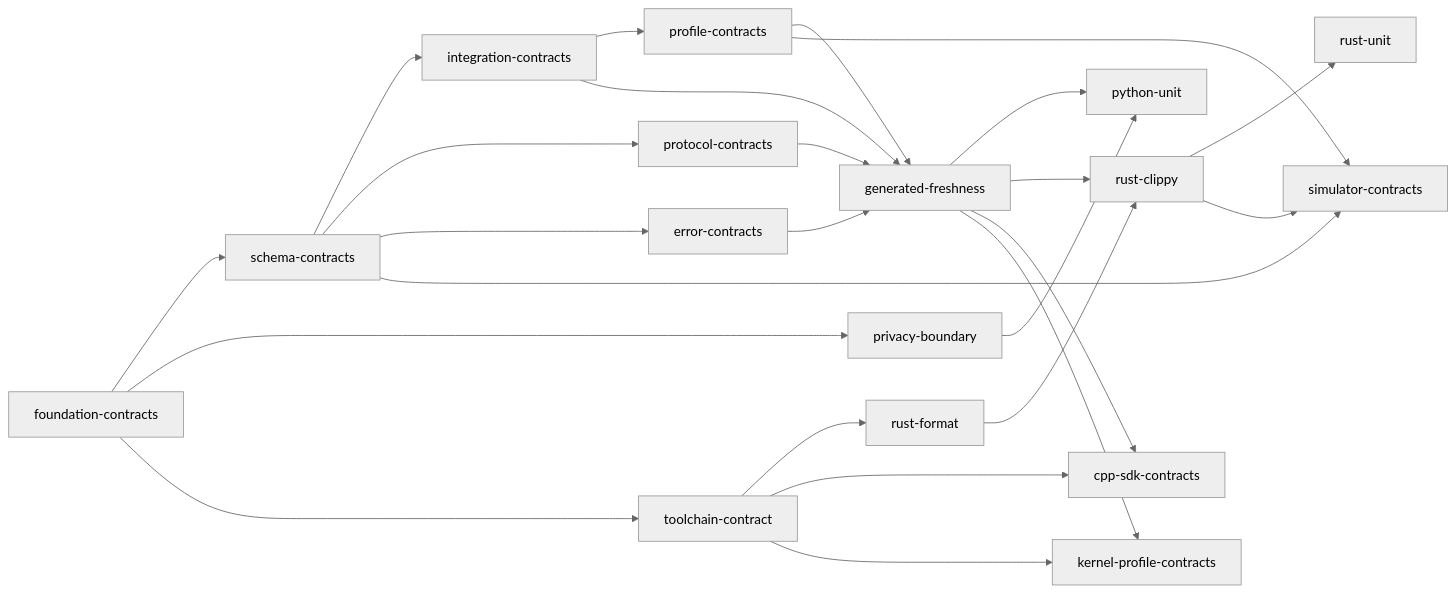
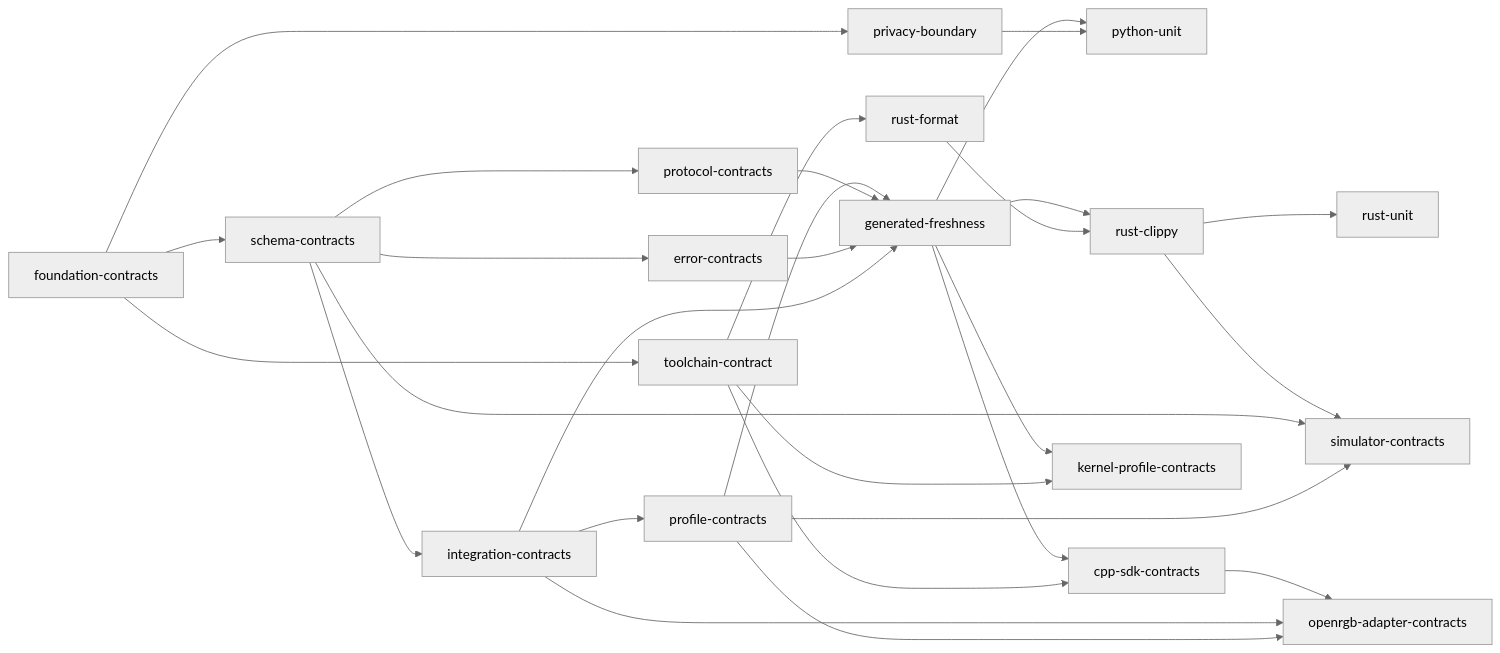
The diagram in docs/generated/verification.md (offalexjackson777-stack/hyperflux-next), drawn with Mermaid (neutral theme) before and after one commit. The commit also changed other lines of this file and 17 other files, not shown here.

Commit message:
feat(openrgb): establish pinned adapter foundation

````diff
--- a/docs/generated/verification.md
+++ b/docs/generated/verification.md
@@ -29,43 +30,47 @@
 ```mermaid
 flowchart LR
     foundation_contracts["foundation-contracts"]
     schema_contracts["schema-contracts"]
     privacy_boundary["privacy-boundary"]
     toolchain_contract["toolchain-contract"]
     integration_contracts["integration-contracts"]
     protocol_contracts["protocol-contracts"]
     error_contracts["error-contracts"]
     rust_format["rust-format"]
     profile_contracts["profile-contracts"]
     generated_freshness["generated-freshness"]
     python_unit["python-unit"]
     rust_clippy["rust-clippy"]
     cpp_sdk_contracts["cpp-sdk-contracts"]
     kernel_profile_contracts["kernel-profile-contracts"]
     rust_unit["rust-unit"]
     simulator_contracts["simulator-contracts"]
+    openrgb_adapter_contracts["openrgb-adapter-contracts"]
     foundation_contracts --> schema_contracts
     foundation_contracts --> privacy_boundary
     foundation_contracts --> toolchain_contract
     schema_contracts --> integration_contracts
     schema_contracts --> protocol_contracts
     schema_contracts --> error_contracts
     toolchain_contract --> rust_format
     integration_contracts --> profile_contracts
     profile_contracts --> generated_freshness
     protocol_contracts --> generated_freshness
     error_contracts --> generated_freshness
     integration_contracts --> generated_freshness
     generated_freshness --> python_unit
     privacy_boundary --> python_unit
     generated_freshness --> rust_clippy
     rust_format --> rust_clippy
     generated_freshness --> cpp_sdk_contracts
     toolchain_contract --> cpp_sdk_contracts
     generated_freshness --> kernel_profile_contracts
     toolchain_contract --> kernel_profile_contracts
     rust_clippy --> rust_unit
     rust_clippy --> simulator_contracts
     schema_contracts --> simulator_contracts
     profile_contracts --> simulator_contracts
+    cpp_sdk_contracts --> openrgb_adapter_contracts
+    integration_contracts --> openrgb_adapter_contracts
+    profile_contracts --> openrgb_adapter_contracts
 ```
````
